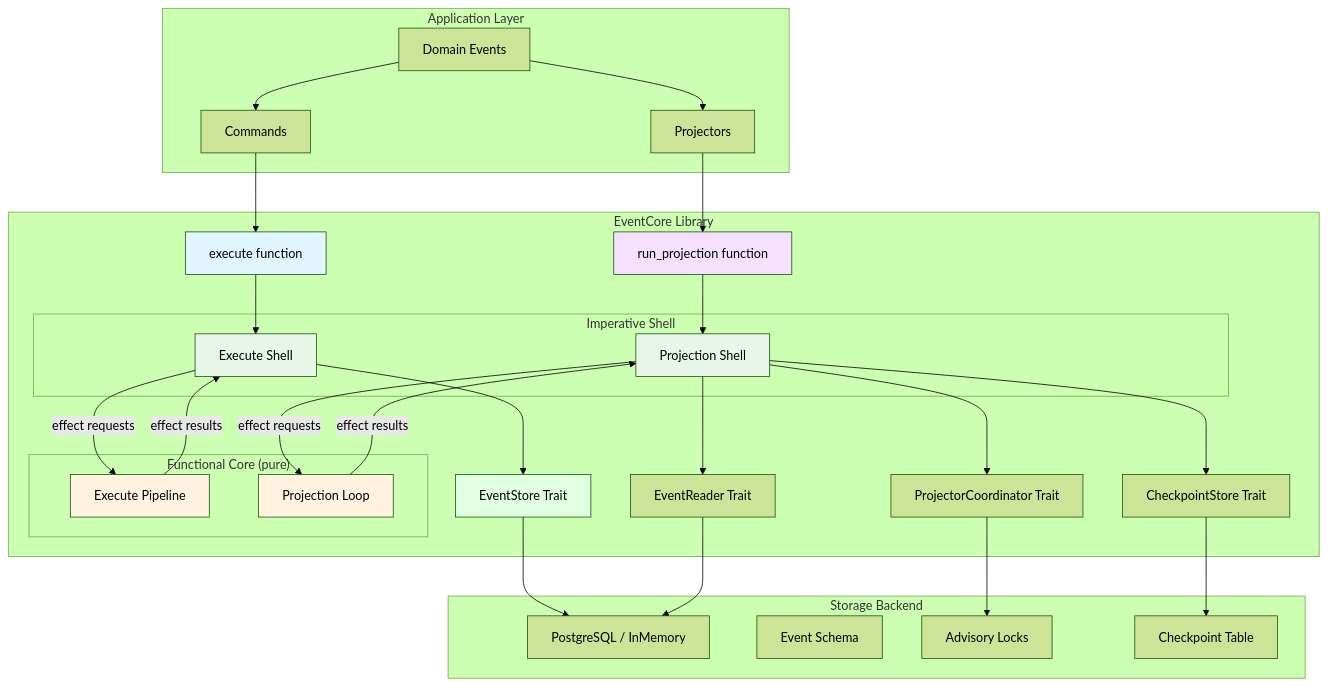
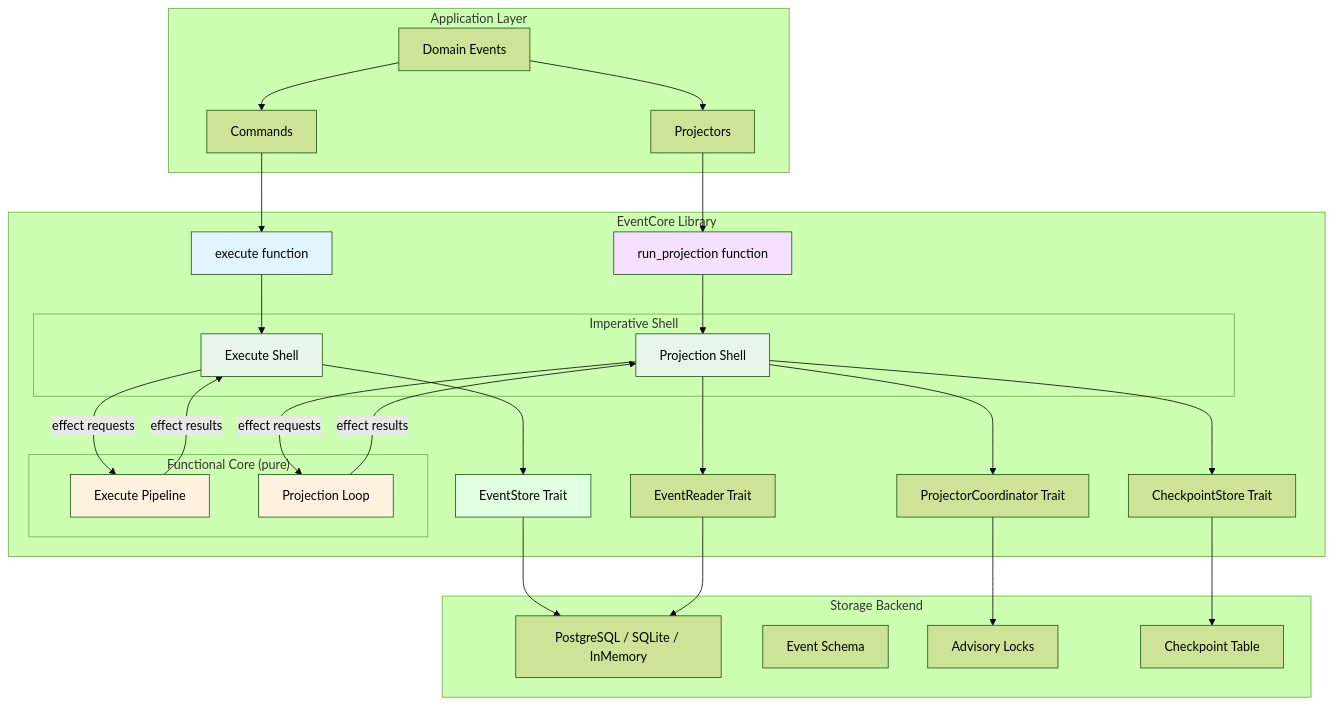
Before and after one commit to jwilger/eventcore: the first of 4 diagrams in docs/ARCHITECTURE.md, drawn with Mermaid (forest theme). The commit also changed other lines of this file and 14 other files, not shown here.

````diff
--- a/docs/ARCHITECTURE.md
+++ b/docs/ARCHITECTURE.md
@@ -12,61 +12,61 @@
 ```mermaid
 graph TB
     subgraph Application Layer
         Cmd[Commands]
         Proj[Projectors]
         Domain[Domain Events]
     end
 
     subgraph EventCore Library
         subgraph "Functional Core (pure)"
             ExecSM[Execute Pipeline]
             ProjSM[Projection Loop]
         end
         subgraph "Imperative Shell"
             ExecShell[Execute Shell]
             ProjShell[Projection Shell]
         end
         Exec[execute function]
         RunProj[run_projection function]
         ES[EventStore Trait]
         ER[EventReader Trait]
         CS[CheckpointStore Trait]
         PC[ProjectorCoordinator Trait]
     end
 
     subgraph Storage Backend
-        PG[PostgreSQL / InMemory]
+        PG[PostgreSQL / SQLite / InMemory]
         Schema[Event Schema]
         Locks[Advisory Locks]
         Checkpoints[Checkpoint Table]
     end
 
     Cmd --> Exec
     Exec --> ExecShell
     ExecShell -- "effect requests" --> ExecSM
     ExecSM -- "effect results" --> ExecShell
     ExecShell --> ES
     ES --> PG
 
     Proj --> RunProj
     RunProj --> ProjShell
     ProjShell -- "effect requests" --> ProjSM
     ProjSM -- "effect results" --> ProjShell
     ProjShell --> ER
     ProjShell --> CS
     ProjShell --> PC
     ER --> PG
     CS --> Checkpoints
     PC --> Locks
 
     Domain --> Cmd
     Domain --> Proj
 
     style Exec fill:#e1f5ff
     style RunProj fill:#f5e1ff
     style ExecSM fill:#fff3e0
     style ProjSM fill:#fff3e0
     style ExecShell fill:#e8f5e9
     style ProjShell fill:#e8f5e9
     style ES fill:#e1ffe1
 ```
````
